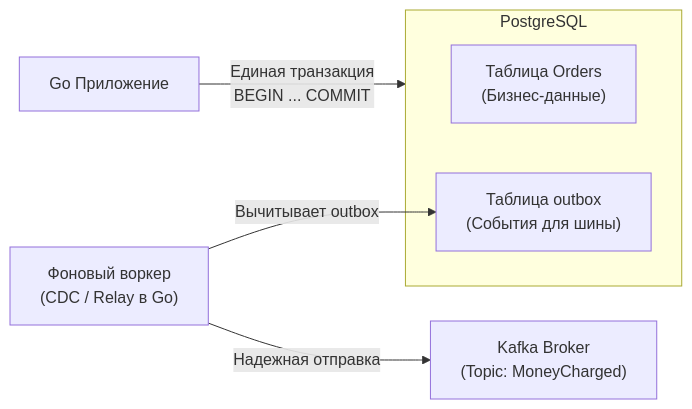
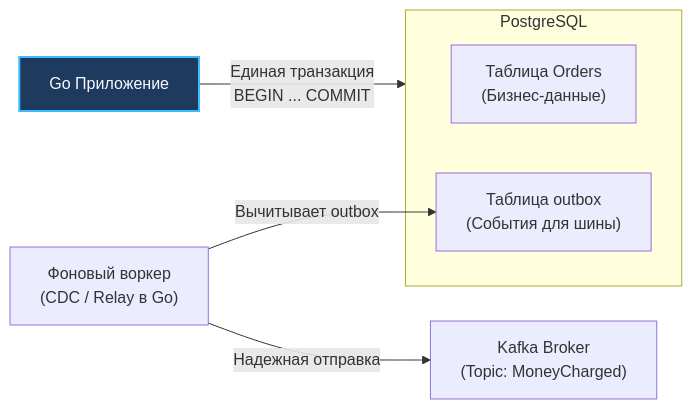
Before and after one commit to UnrealTemplier/go-textbook: the third of 3 diagrams in sources/14. Распределенные системы на Go/03. Данные и согласованность/8. Distributed transactions.md, drawn with Mermaid. The commit also changed 1666 other files, not shown here.

First line of the commit message:
feat(mermaid): add semantic color classDef to 1369 colorless flowchart/graph diagrams

````diff
--- a/sources/14. Распределенные системы на Go/03. Данные и согласованность/8. Distributed transactions.md
+++ b/sources/14. Распределенные системы на Go/03. Данные и согласованность/8. Distributed transactions.md
@@ -157,12 +157,22 @@
 ```mermaid
 flowchart LR
-    GoApp["Go Приложение"] -->|"Единая транзакция<br/>BEGIN ... COMMIT"| DB[("PostgreSQL")]
+    classDef process  fill:#1e293b,stroke:#38bdf8,stroke-width:1px,color:#f8fafc
+    classDef success  fill:#064e3b,stroke:#34d399,stroke-width:1px,color:#f8fafc
+    classDef error    fill:#7f1d1d,stroke:#f87171,stroke-width:1px,color:#f8fafc
+    classDef warning  fill:#78350f,stroke:#fbbf24,stroke-width:1px,color:#f8fafc
+    classDef entry    fill:#1e3a5f,stroke:#38bdf8,stroke-width:2px,color:#f8fafc
+    classDef aux      fill:#334155,stroke:#64748b,stroke-width:1px,color:#f8fafc
+    classDef system   fill:#312e81,stroke:#a78bfa,stroke-width:1px,color:#f8fafc
+    classDef data     fill:#132d29,stroke:#2dd4bf,stroke-width:1px,color:#f8fafc
+    classDef network  fill:#881337,stroke:#fb7185,stroke-width:1px,color:#f8fafc
+    classDef accent   fill:#1e1b4b,stroke:#818cf8,stroke-width:1px,color:#f8fafc
+    GoApp["Go Приложение"]:::entry -->|"Единая транзакция<br/>BEGIN ... COMMIT"| DB[("PostgreSQL")]
     
     subgraph DB [PostgreSQL]
         T1["Таблица Orders<br/>(Бизнес-данные)"]
         T2["Таблица outbox<br/>(События для шины)"]
     end
     
     Relay["Фоновый воркер<br/>(CDC / Relay в Go)"] -->|"Вычитывает outbox"| T2
     Relay -->|"Надежная отправка"| Kafka["Kafka Broker<br/>(Topic: MoneyCharged)"]
 ```
````
